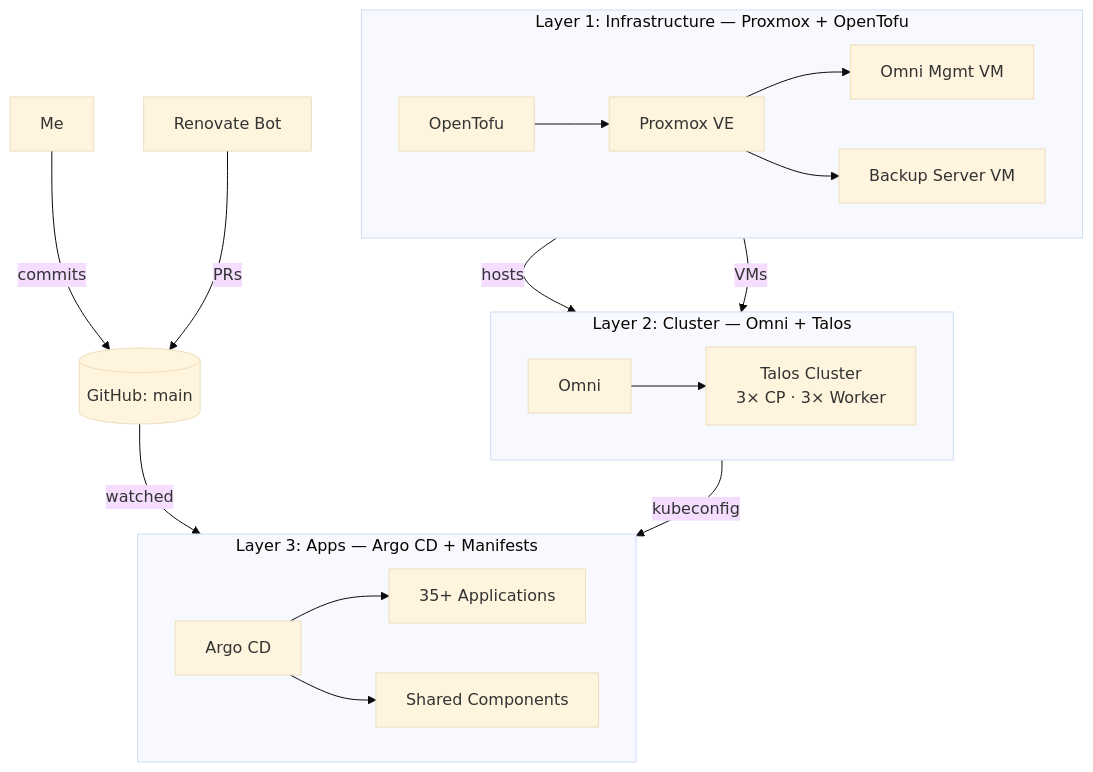
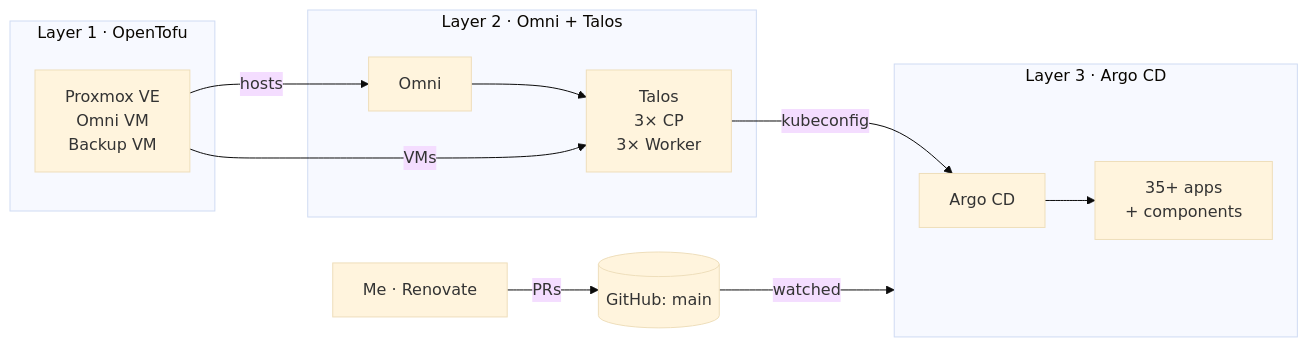
The first of 2 diagrams in README.md (alexander-zimmermann/lares), drawn with Mermaid (base theme) before and after one commit. The commit also changed other lines of this file, not shown here.

First line of the commit message:
docs(readme): compact both diagrams for GitHub's ELK layout

````diff
--- a/README.md
+++ b/README.md
@@ -92,39 +92,17 @@
 ```mermaid
-flowchart TB
-    subgraph L3["Layer 3: Apps — Argo CD + Manifests"]
-        direction LR
-        argo[Argo CD]
-        apps[35+ Applications]
-        components[Shared Components]
-        argo --> apps
-        argo --> components
+flowchart LR
+    subgraph L1["Layer 1 · OpenTofu"]
+        pve[Proxmox VE<br/>Omni VM<br/>Backup VM]
     end
-    subgraph L2["Layer 2: Cluster — Omni + Talos"]
-        direction LR
-        omni[Omni]
-        talos[Talos Cluster<br/>3× CP · 3× Worker]
-        omni --> talos
+    subgraph L2["Layer 2 · Omni + Talos"]
+        omni[Omni] --> talos[Talos<br/>3× CP<br/>3× Worker]
     end
-    subgraph L1["Layer 1: Infrastructure — Proxmox + OpenTofu"]
-        direction LR
-        tofu[OpenTofu]
-        pve[Proxmox VE]
-        mgmt[Omni Mgmt VM]
-        pbs[Backup Server VM]
-        tofu --> pve
-        pve --> mgmt
-        pve --> pbs
+    subgraph L3["Layer 3 · Argo CD"]
+        argo[Argo CD] --> apps[35+ apps<br/>+ components]
     end
-
-    L1 -- VMs --> L2
-    L2 -- kubeconfig --> L3
-
-    renovate[Renovate Bot]
-    me[Me]
-    repo[(GitHub: main)]
-
-    me -- commits --> repo
-    renovate -- PRs --> repo
-    repo -- watched --> argo
-    mgmt -- hosts --> omni
+    pve -- hosts --> omni
+    pve -- VMs --> talos
+    talos -- kubeconfig --> argo
+    dev[Me · Renovate] -- PRs --> repo[(GitHub: main)]
+    repo -- watched --> L3
 ```
````
